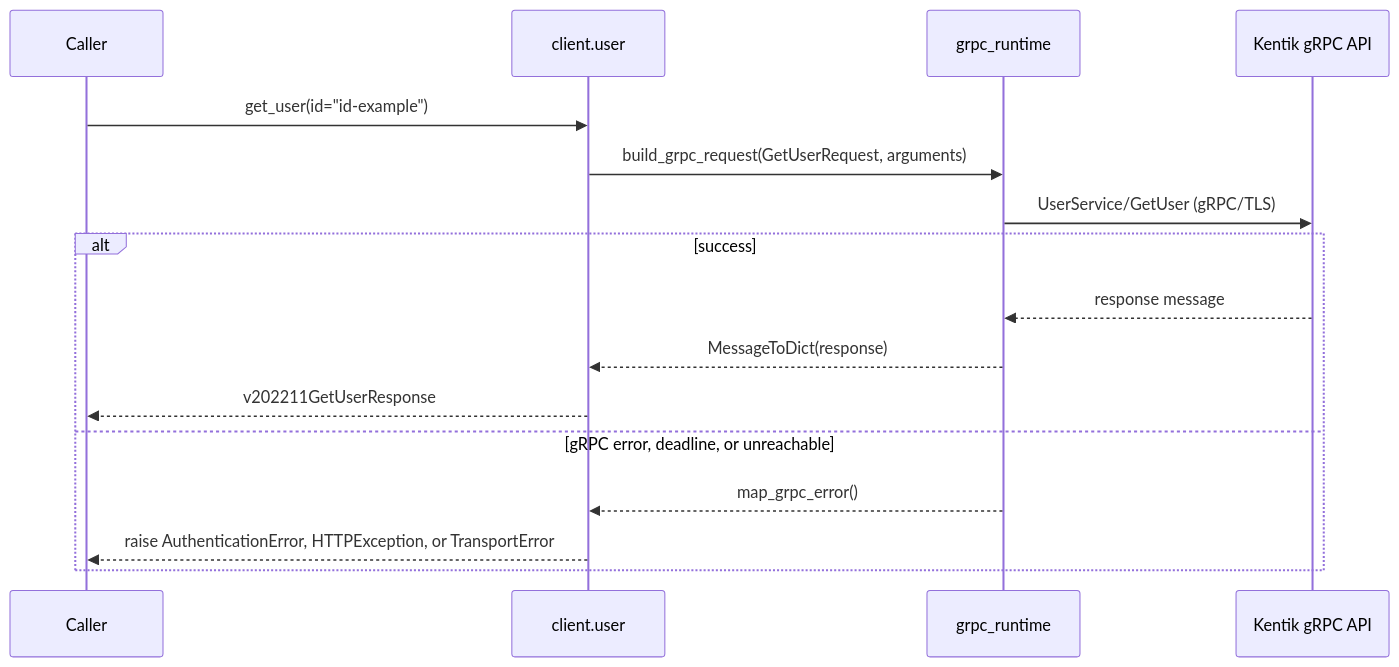
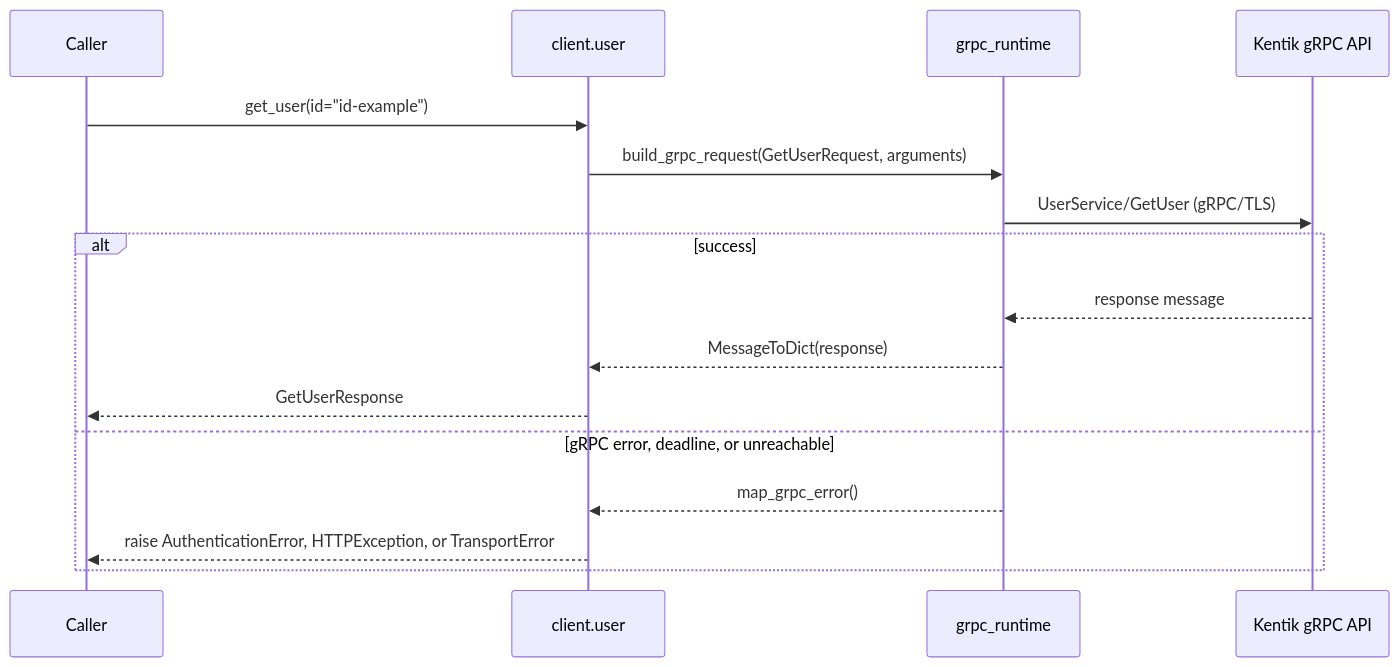
One commit to alexdearaujo/community_sdk_python changed the seventh of 16 diagrams in docs/sphinx/services/user.md. Above: the diagram before and after it, drawn with Mermaid. The commit also changed other lines of this file and 38 other files, not shown here.

````diff
--- a/docs/sphinx/services/user.md
+++ b/docs/sphinx/services/user.md
@@ -203,19 +203,19 @@
 ```mermaid
 sequenceDiagram
     participant C as Caller
     participant W as client.user
     participant R as grpc_runtime
     participant API as Kentik gRPC API
 
     C->>W: get_user(id="id-example")
     W->>R: build_grpc_request(GetUserRequest, arguments)
     R->>API: UserService/GetUser (gRPC/TLS)
     alt success
         API-->>R: response message
         R-->>W: MessageToDict(response)
-        W-->>C: v202211GetUserResponse
+        W-->>C: GetUserResponse
     else gRPC error, deadline, or unreachable
         R-->>W: map_grpc_error()
         W-->>C: raise AuthenticationError, HTTPException, or TransportError
     end
 ```
````
